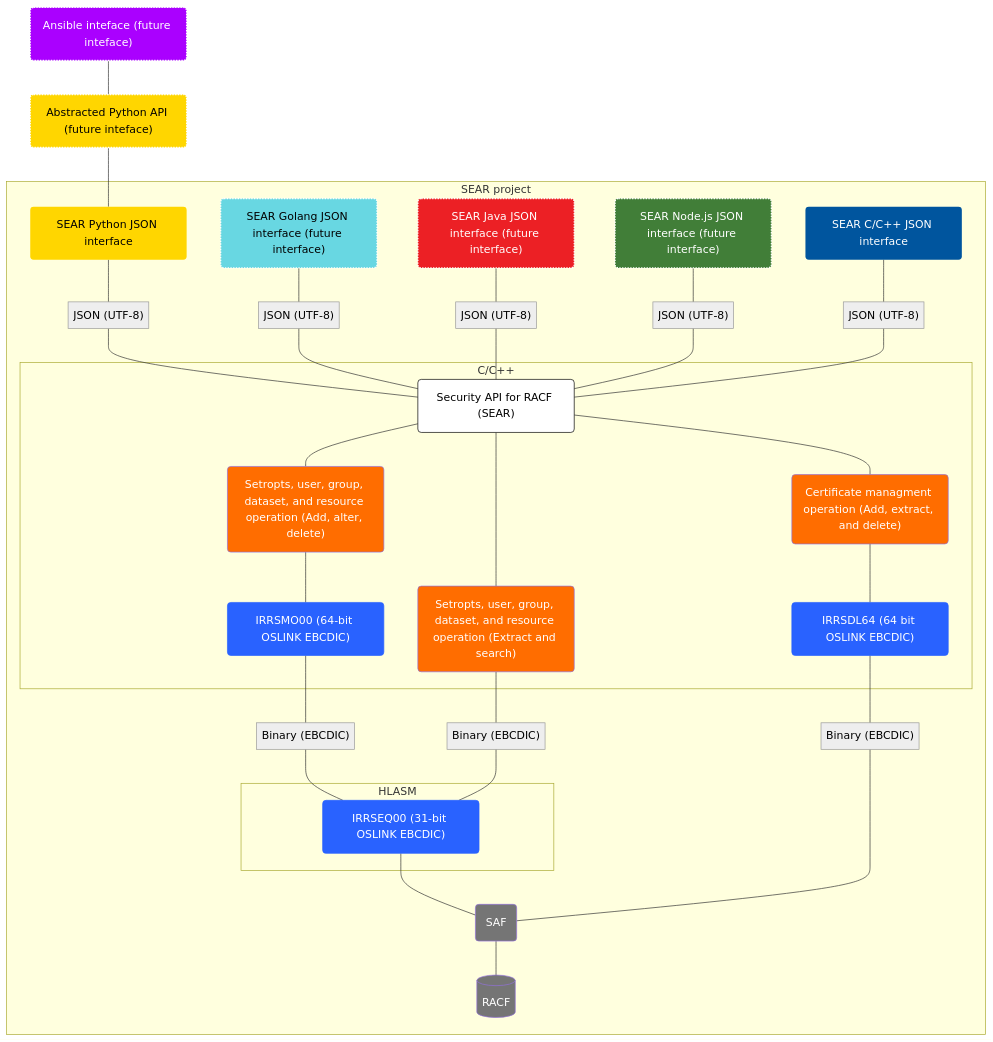
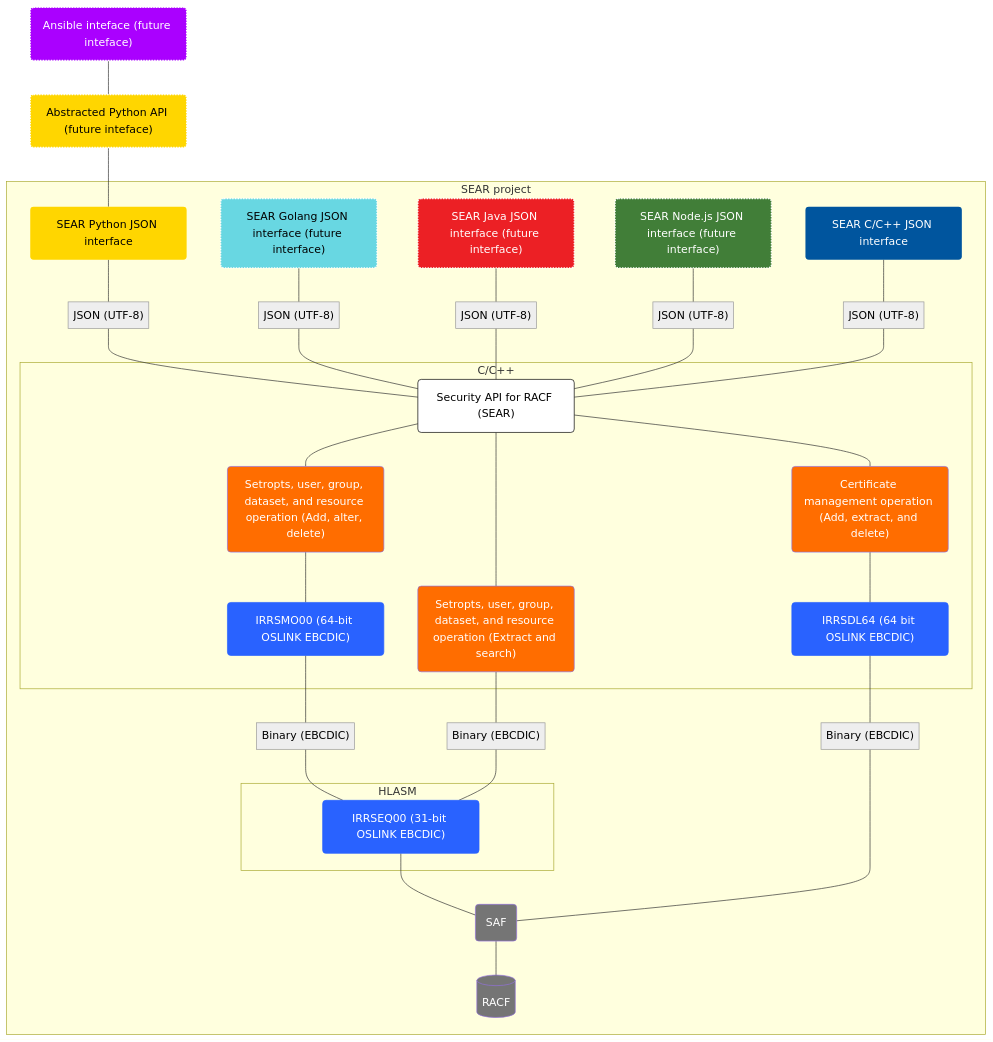
The diagram in index.md (Mainframe-Renewal-Project/sear-docs), drawn with Mermaid before and after one commit.

Commit message:
Fixed misspelled word

```diff
--- a/index.md
+++ b/index.md
@@ -99,7 +99,7 @@
         n2@{ label: "<span style=\"padding-left:\">IRRSMO00 (64-bit OSLINK EBCDIC)</span>" }
         n5["Setropts, user, group, dataset, and resource operation (Add, alter, delete)"]
         n11["IRRSDL64 (64 bit OSLINK EBCDIC)"]
-        n12["Certificate managment operation (Add, extract, and delete)"]
+        n12["Certificate management operation (Add, extract, and delete)"]
         n7@{ label: "<span style=\"padding-left:\">Setropts, user, group, dataset, and resource operation (Extract and search)</span>" }
   end
  subgraph s2["HLASM"]
```
